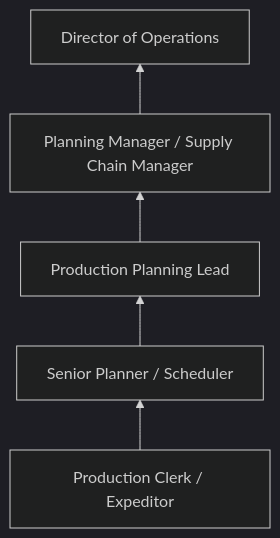
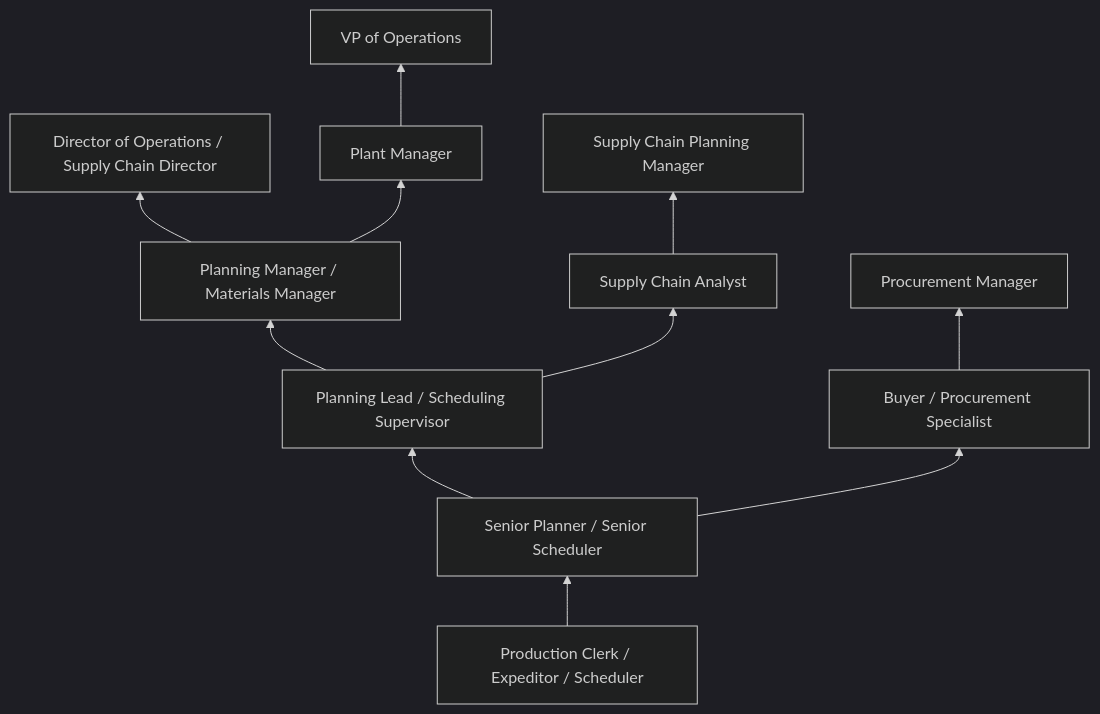
Before and after one commit to kziemski/business.org.ai: the third of 4 diagrams in occupations/Administrative/ProductionPlanningAndExpeditingClerks.mdx, drawn with Mermaid (dark theme). The commit also changed other lines of this file and 19 other files, not shown here.

````diff
--- a/occupations/Administrative/ProductionPlanningAndExpeditingClerks.mdx
+++ b/occupations/Administrative/ProductionPlanningAndExpeditingClerks.mdx
@@ -74,7 +136,16 @@
 ```mermaid
 graph BT
-    Entry["Production Clerk / Expeditor"] --> Mid["Senior Planner / Scheduler"]
-    Mid --> Lead["Production Planning Lead"]
-    Lead --> Manager["Planning Manager / Supply Chain Manager"]
-    Manager --> Director["Director of Operations"]
+    Entry["Production Clerk / Expeditor / Scheduler"] --> Mid["Senior Planner / Senior Scheduler"]
+    Mid --> Lead["Planning Lead / Scheduling Supervisor"]
+    Lead --> Manager["Planning Manager / Materials Manager"]
+    Manager --> Director["Director of Operations / Supply Chain Director"]
+
+    Mid --> Buyer["Buyer / Procurement Specialist"]
+    Buyer --> BuyerMgr["Procurement Manager"]
+
+    Lead --> Analyst["Supply Chain Analyst"]
+    Analyst --> AnalystMgr["Supply Chain Planning Manager"]
+
+    Manager --> Plant["Plant Manager"]
+    Plant --> VP["VP of Operations"]
 ```
````
